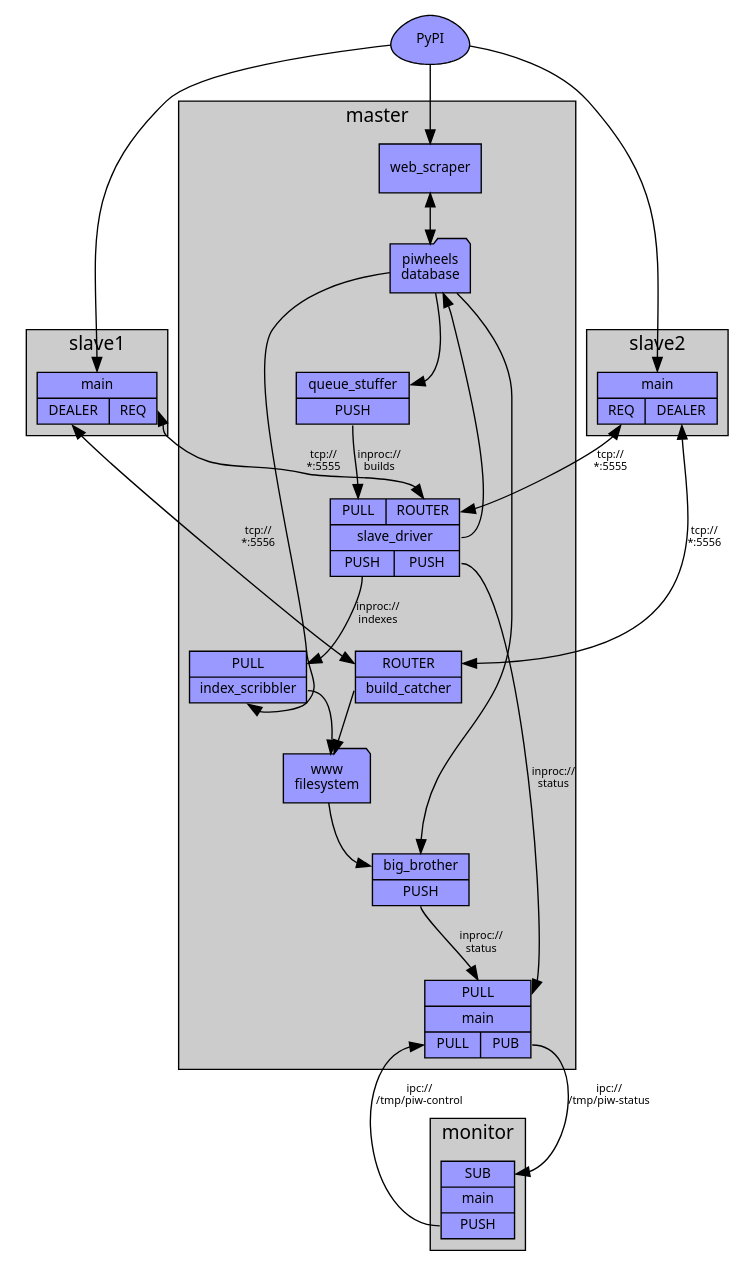
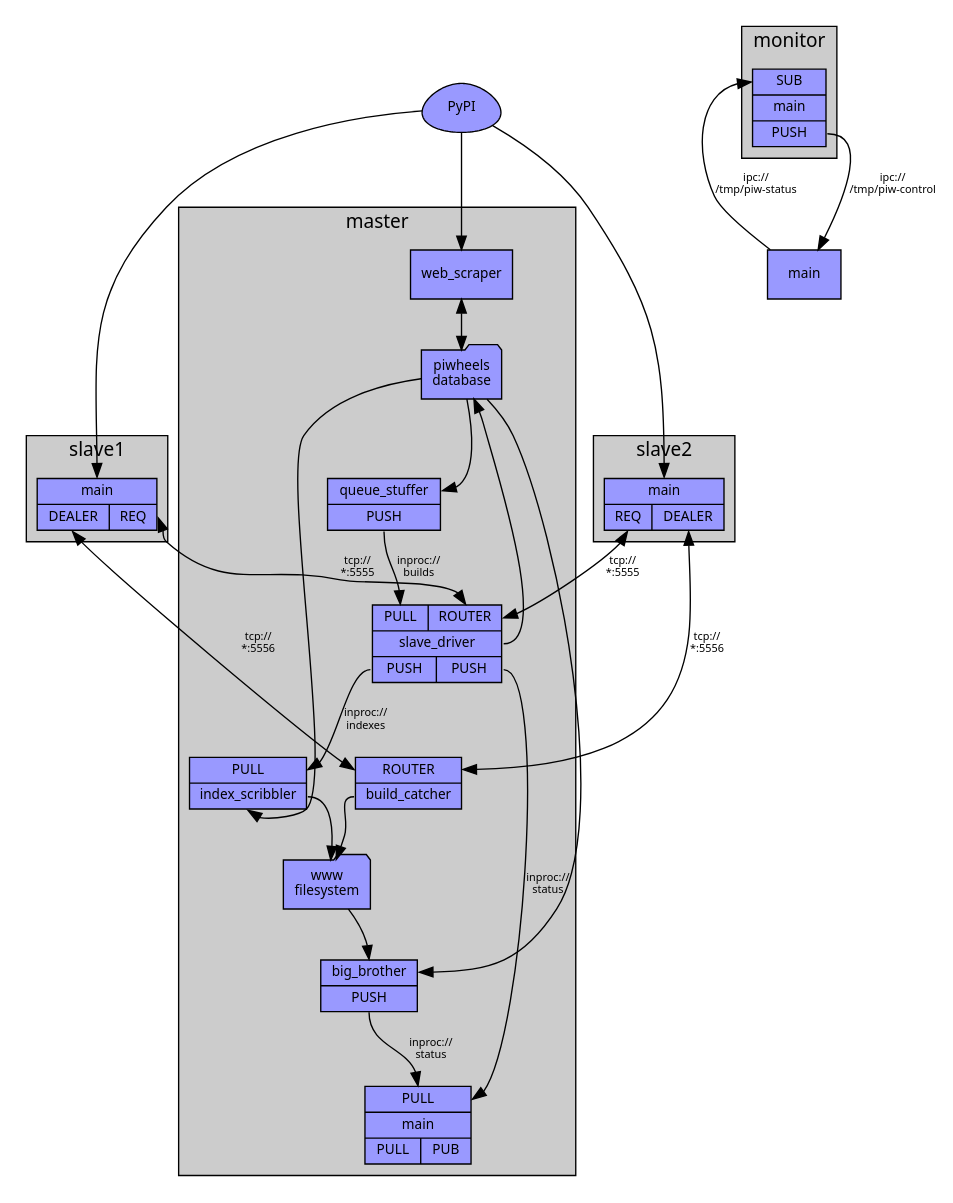
One commit to piwheels/piwheels changed the diagram in docs/queues.dot. Above: the diagram before and after it, drawn with Graphviz. The commit also changed 11 other files, not shown here.

```diff
--- a/docs/queues.dot
+++ b/docs/queues.dot
@@ -1,62 +1,62 @@
 digraph piwheels {
     graph [nodesep=0.5, ranksep=0.5, style=filled, fontname=Sans, fontsize=14, fillcolor="#cccccc"];
     node [shape=record, fontname=Sans, fontsize=10, style=filled, fillcolor="#9999ff", penwidth=1];
     edge [fontname=Sans, fontsize=8];
 
     pypi [label="PyPI", shape=egg];
 
     subgraph cluster_master {
         graph [label="master"];
 
-        main [label="{{<int_status>PULL}|main|{<control>PULL|<ext_status>PUB}}"];
+        high_priest [label="{{<int_status>PULL}|main|{<control>PULL|<ext_status>PUB}}"];
         web_scraper [label="<t>web_scraper"];
         queue_stuffer [label="{<t>queue_stuffer|<builds>PUSH}"];
         big_brother [label="{<t>big_brother|<int_status>PUSH}"];
         slave_driver [label="{{<builds>PULL|<slaves>ROUTER}|<t>slave_driver|{<indexes>PUSH|<int_status>PUSH}}"];
         build_catcher [label="{<slaves>ROUTER|<t>build_catcher}"];
         index_scribbler [label="{<indexes>PULL|<t>index_scribbler}"];
 
-        big_brother:int_status->main:int_status [label="inproc://\nstatus"];
-        slave_driver:int_status->main:int_status [label="inproc://\nstatus"];
+        big_brother:int_status->high_priest:int_status [label="inproc://\nstatus"];
+        slave_driver:int_status->high_priest:int_status [label="inproc://\nstatus"];
         queue_stuffer:builds->slave_driver:builds [label="inproc://\nbuilds"];
         slave_driver:indexes->index_scribbler:indexes [label="inproc://\nindexes"];
 
         db [label="piwheels\ndatabase", shape=folder];
         fs [label="www\nfilesystem", shape=folder];
 
         web_scraper:t->db [dir=both];
         db->queue_stuffer:t;
         db->big_brother:t;
         fs->big_brother:t;
         slave_driver:t->db;
         db->index_scribbler:t;
 
         index_scribbler:t->fs;
         build_catcher:t->fs;
     }
 
     subgraph cluster_monitor {
         graph [label="monitor"];
         monitor [label="{<status>SUB|<t>main|<control>PUSH}"];
     }
 
     subgraph cluster_slave1 {
         graph [label="slave1"];
         slave1 [label="{<t>main|{<files>DEALER|<builds>REQ}}"];
     }
 
     subgraph cluster_slave2 {
         graph [label="slave2"];
         slave2 [label="{<t>main|{<builds>REQ|<files>DEALER}}"];
     }
 
     pypi->web_scraper:t;
     pypi->slave1:t;
     pypi->slave2:t;
     slave1:builds->slave_driver:slaves [dir=both, label="tcp://\n*:5555"];
     slave2:builds->slave_driver:slaves [dir=both, label="tcp://\n*:5555"];
     slave1:files->build_catcher:slaves [dir=both, label="tcp://\n*:5556"];
     slave2:files->build_catcher:slaves [dir=both, label="tcp://\n*:5556"];
     main:ext_status->monitor:status [label="ipc://\n/tmp/piw-status"];
     monitor:control->main:control [label="ipc://\n/tmp/piw-control"];
 }
```
